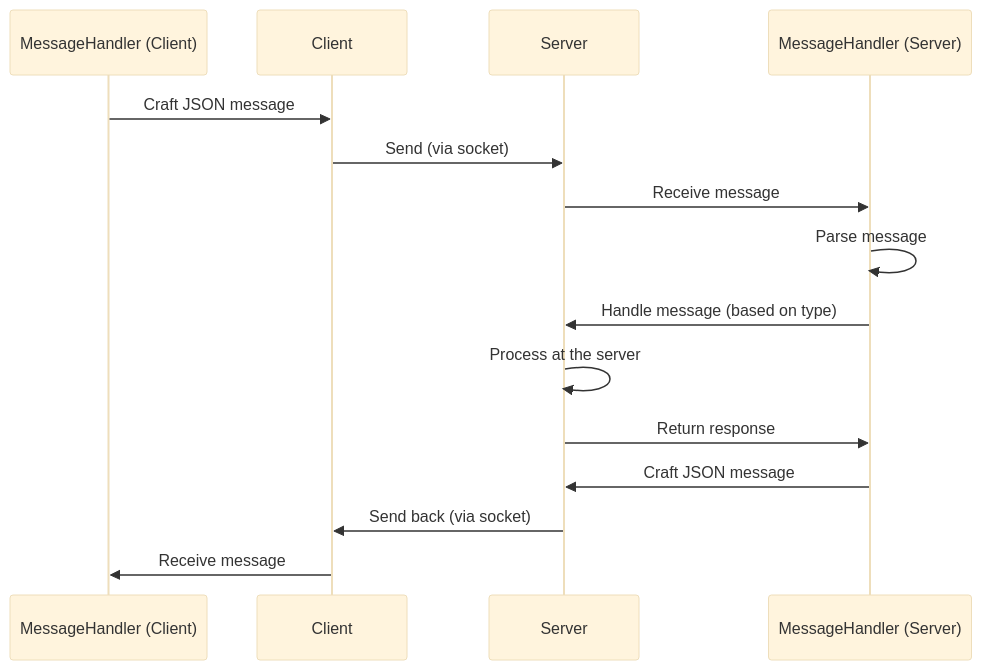
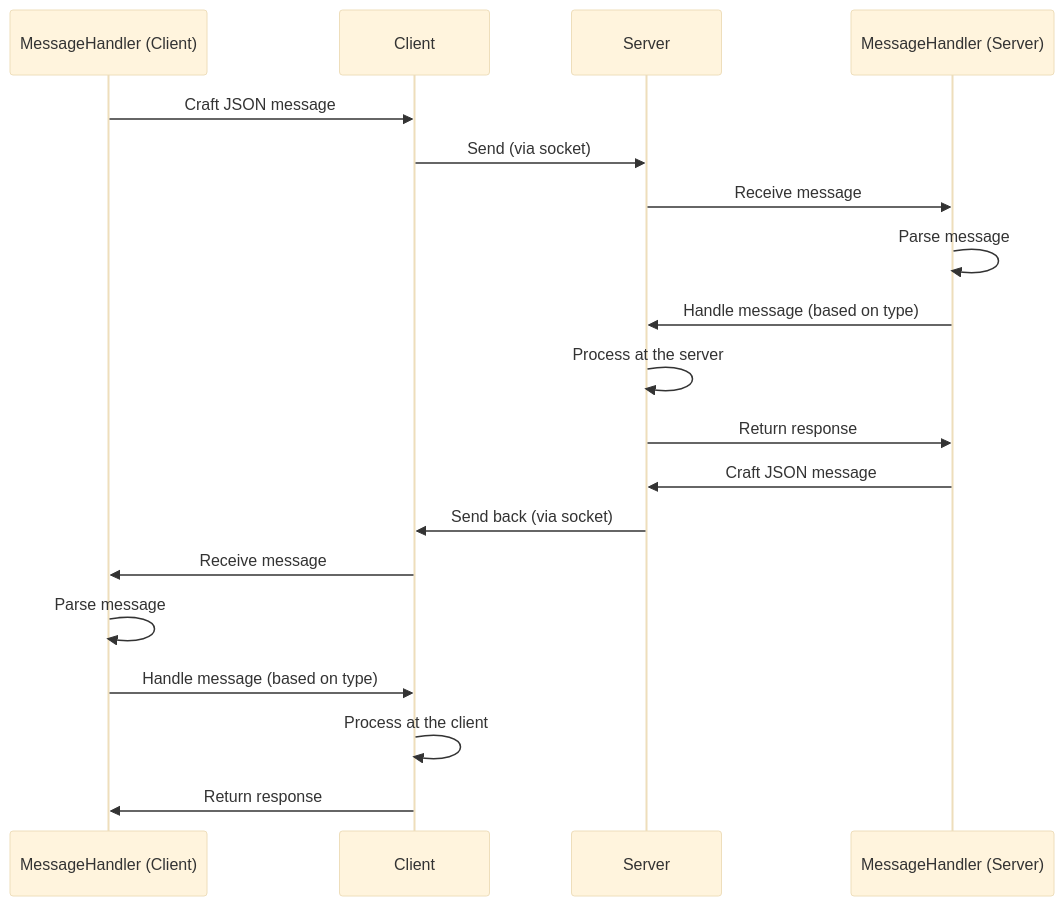
One commit to tiuphun/rubik changed the diagram in README.md. Above: the diagram before and after it, drawn with Mermaid (base theme). The commit also changed other lines of this file, not shown here.

Commit message:
Finalize diagram

````diff
--- a/README.md
+++ b/README.md
@@ -52,18 +52,22 @@
 ```mermaid
 sequenceDiagram
     participant MessageHandler (Client)
     participant Client
     participant Server
     participant MessageHandler (Server)
 
     MessageHandler (Client) ->> Client: Craft JSON message
     Client->>Server: Send (via socket)
     Server->>MessageHandler (Server): Receive message
     MessageHandler (Server)->>MessageHandler (Server): Parse message
     MessageHandler (Server)->>Server: Handle message (based on type)
     Server->>Server: Process at the server
     Server->>MessageHandler (Server): Return response
     MessageHandler (Server)->>Server: Craft JSON message
     Server->>Client: Send back (via socket)
     Client->>MessageHandler (Client): Receive message
+    MessageHandler (Client)->>MessageHandler (Client): Parse message
+    MessageHandler (Client)->>Client: Handle message (based on type)
+    Client->>Client: Process at the client
+    Client->>MessageHandler (Client): Return response
 ```
````
